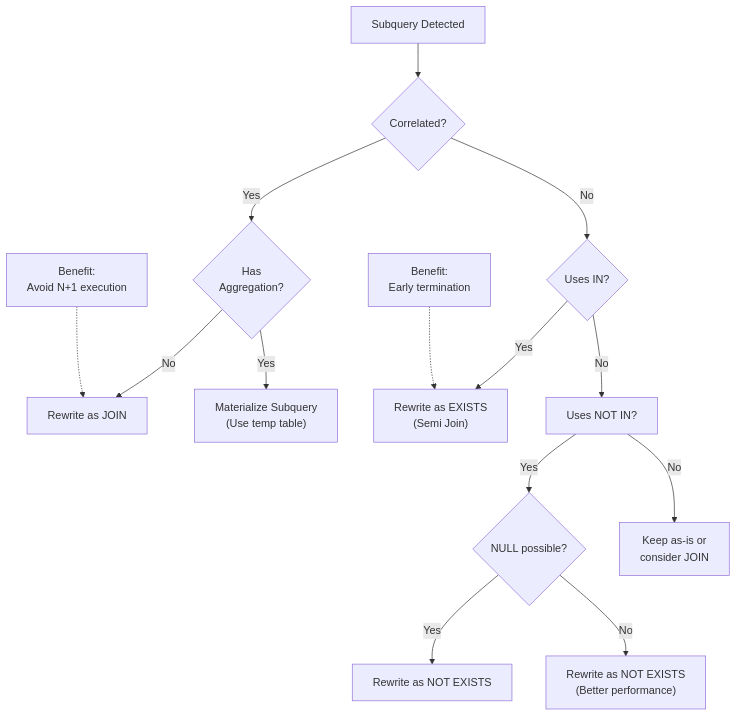
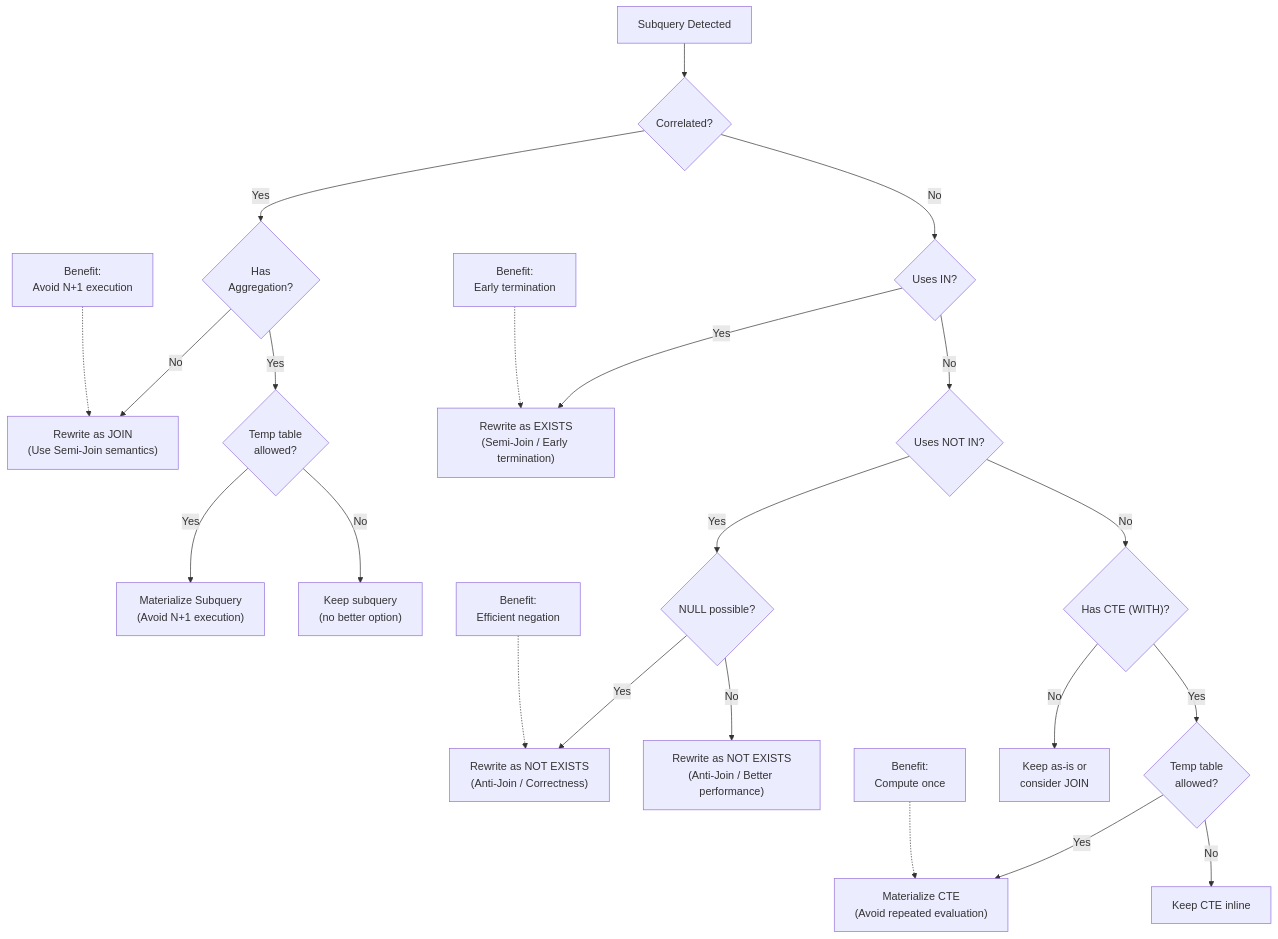
Before and after one commit to fourth-year-team/Expert-System-Query-Optimizer-Project: the eighth of 26 diagrams in docs/diagrams.md, drawn with Mermaid. The commit also changed other lines of this file and 27 other files, not shown here.

````diff
--- a/docs/diagrams.md
+++ b/docs/diagrams.md
@@ -190,19 +200,27 @@
 ```mermaid
 flowchart TD
     A["Subquery Detected"] --> B{"Correlated?"}
     
     B -->|"Yes"| C{"Has<br/>Aggregation?"}
-    C -->|"No"| D["Rewrite as JOIN"]
-    C -->|"Yes"| E["Materialize Subquery<br/>(Use temp table)"]
+    C -->|"No"| D["Rewrite as JOIN<br/>(Use Semi-Join semantics)"]
+    C -->|"Yes"| E{"Temp table<br/>allowed?"}
+    E -->|"Yes"| F["Materialize Subquery<br/>(Avoid N+1 execution)"]
+    E -->|"No"| G["Keep subquery<br/>(no better option)"]
     
-    B -->|"No"| F{"Uses IN?"}
-    F -->|"Yes"| G["Rewrite as EXISTS<br/>(Semi Join)"]
-    F -->|"No"| H["Uses NOT IN?"]
-    H -->|"Yes"| I{"NULL possible?"}
-    I -->|"Yes"| J["Rewrite as NOT EXISTS"]
-    I -->|"No"| K["Rewrite as NOT EXISTS<br/>(Better performance)"]
-    H -->|"No"| L["Keep as-is or<br/>consider JOIN"]
+    B -->|"No"| H{"Uses IN?"}
+    H -->|"Yes"| I["Rewrite as EXISTS<br/>(Semi-Join / Early termination)"]
+    H -->|"No"| J{"Uses NOT IN?"}
+    J -->|"Yes"| K{"NULL possible?"}
+    K -->|"Yes"| L["Rewrite as NOT EXISTS<br/>(Anti-Join / Correctness)"]
+    K -->|"No"| M["Rewrite as NOT EXISTS<br/>(Anti-Join / Better performance)"]
+    J -->|"No"| N{"Has CTE (WITH)?"}
+    N -->|"Yes"| O{"Temp table<br/>allowed?"}
+    O -->|"Yes"| P["Materialize CTE<br/>(Avoid repeated evaluation)"]
+    O -->|"No"| Q["Keep CTE inline"]
+    N -->|"No"| R["Keep as-is or<br/>consider JOIN"]
     
-    M["Benefit:<br/>Avoid N+1 execution"] -.-> D
-    N["Benefit:<br/>Early termination"] -.-> G
+    S["Benefit:<br/>Avoid N+1 execution"] -.-> D
+    T["Benefit:<br/>Early termination"] -.-> I
+    U["Benefit:<br/>Efficient negation"] -.-> L
+    V["Benefit:<br/>Compute once"] -.-> P
 ```
````
